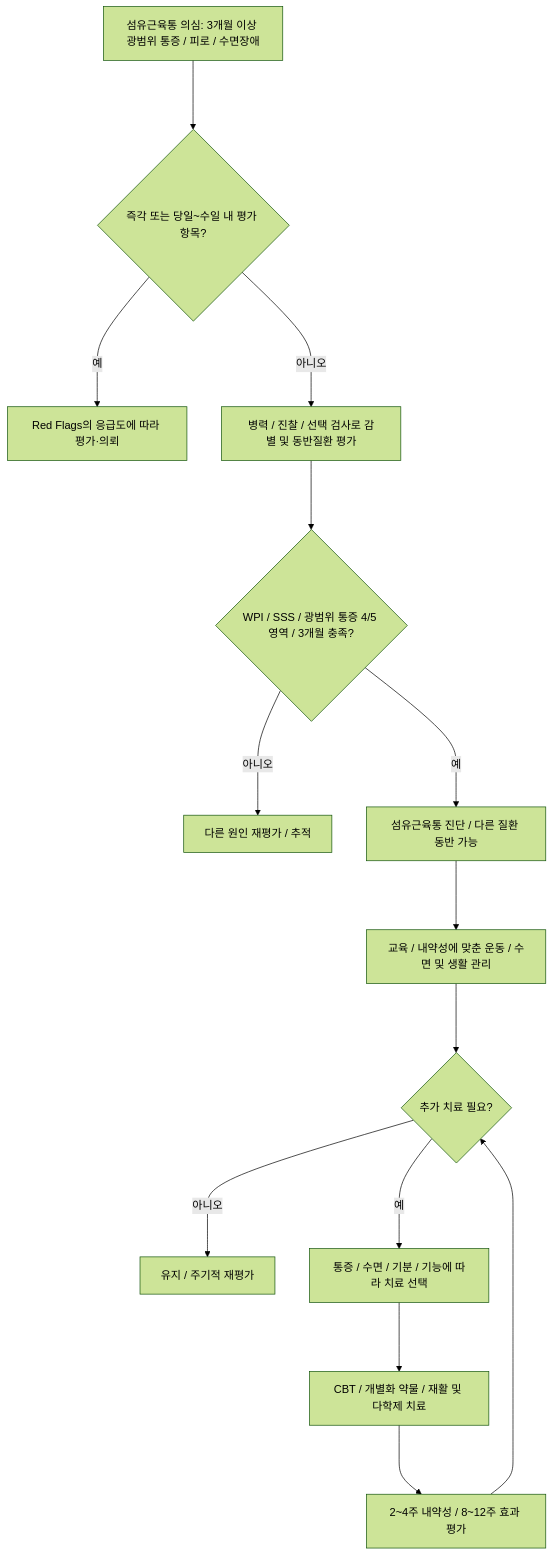
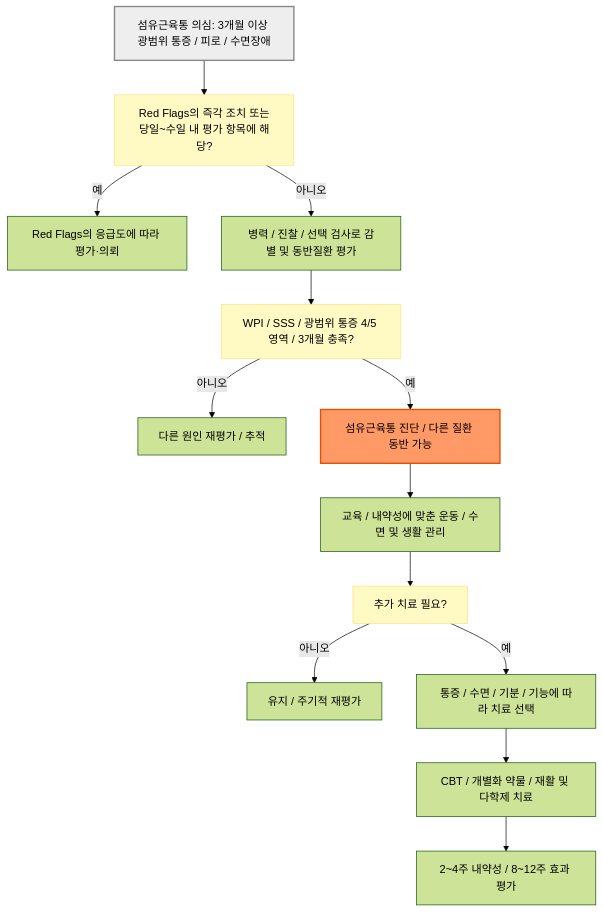
One commit to familyoh77/familyoh77 changed the diagram in 228_/153_-fibromyalgia.md. Above: the diagram before and after it, drawn with Mermaid (forest theme). The commit also changed other lines of this file and 10 other files, not shown here.

````diff
--- a/228_/153_-fibromyalgia.md
+++ b/228_/153_-fibromyalgia.md
@@ -195,16 +195,20 @@
 ```mermaid
 flowchart TD
-    A["섬유근육통 의심: 3개월 이상 광범위 통증 / 피로 / 수면장애"] ---> B{"즉각 또는 당일~수일 내 평가 항목?"}
-    B --->|"예"| C["Red Flags의 응급도에 따라 평가·의뢰"]
-    B --->|"아니오"| D["병력 / 진찰 / 선택 검사로 감별 및 동반질환 평가"]
-    D ---> E{"WPI / SSS / 광범위 통증 4/5 영역 / 3개월 충족?"}
-    E --->|"아니오"| F["다른 원인 재평가 / 추적"]
-    E --->|"예"| G["섬유근육통 진단 / 다른 질환 동반 가능"]
-    G ---> H["교육 / 내약성에 맞춘 운동 / 수면 및 생활 관리"]
-    H ---> I{"추가 치료 필요?"}
-    I --->|"아니오"| J["유지 / 주기적 재평가"]
-    I --->|"예"| K["통증 / 수면 / 기분 / 기능에 따라 치료 선택"]
-    K ---> L["CBT / 개별화 약물 / 재활 및 다학제 치료"]
-    L ---> M["2~4주 내약성 / 8~12주 효과 평가"]
-    M ---> I
+    A["섬유근육통 의심: 3개월 이상 광범위 통증 / 피로 / 수면장애"] --> B["Red Flags의 즉각 조치 또는<br>당일~수일 내 평가 항목에 해당?"]
+    B -- "예" --> C["Red Flags의 응급도에 따라 평가·의뢰"]
+    B -- "아니오" --> D["병력 / 진찰 / 선택 검사로 감별 및 동반질환 평가"]
+    D --> E["WPI / SSS / 광범위 통증 4/5 영역 / 3개월 충족?"]
+    E -- "아니오" --> F["다른 원인 재평가 / 추적"]
+    E -- "예" --> G["섬유근육통 진단 / 다른 질환 동반 가능"]
+    G --> H["교육 / 내약성에 맞춘 운동 / 수면 및 생활 관리"]
+    H --> I["추가 치료 필요?"]
+    I -- "아니오" --> J["유지 / 주기적 재평가"]
+    I -- "예" --> K["통증 / 수면 / 기분 / 기능에 따라 치료 선택"]
+    K --> L["CBT / 개별화 약물 / 재활 및 다학제 치료"]
+    L --> M["2~4주 내약성 / 8~12주 효과 평가"]
+
+    classDef question fill:#fff9c4,stroke:#ffe082
+    class B,E,I question
+    style A fill:#eeeeee,stroke:#888888,stroke-width:2px
+    style G fill:#f96,stroke:#e65100,stroke-width:2px
 ```
````
